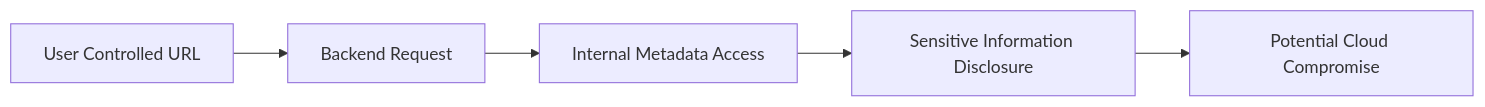
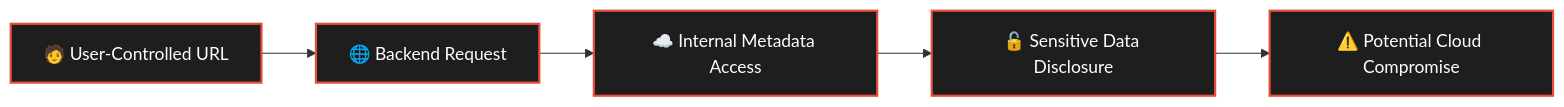
One commit to ashrithpeechara/infinity_learning changed diagram 13 of 13 in Cloud_Security/Compute Engine Intrusion/solution.md. Above: the diagram before and after it, drawn with Mermaid. The commit also changed other lines of this file, not shown here.

````diff
--- a/Cloud_Security/Compute Engine Intrusion/solution.md
+++ b/Cloud_Security/Compute Engine Intrusion/solution.md
@@ -279,8 +326,10 @@
 ```mermaid
 flowchart LR
-    A[User Controlled URL]
-    --> B[Backend Request]
-    --> C[Internal Metadata Access]
-    --> D[Sensitive Information Disclosure]
-    --> E[Potential Cloud Compromise]
+    A["🧑 User-Controlled URL"]
+    --> B["🌐 Backend Request"]
+    --> C["☁️ Internal Metadata Access"]
+    --> D["🔓 Sensitive Data Disclosure"]
+    --> E["⚠️ Potential Cloud Compromise"]
+
+    classDef default fill:#1e1e1e,stroke:#e74c3c,color:#ffffff,stroke-width:2px;
 ```
````
